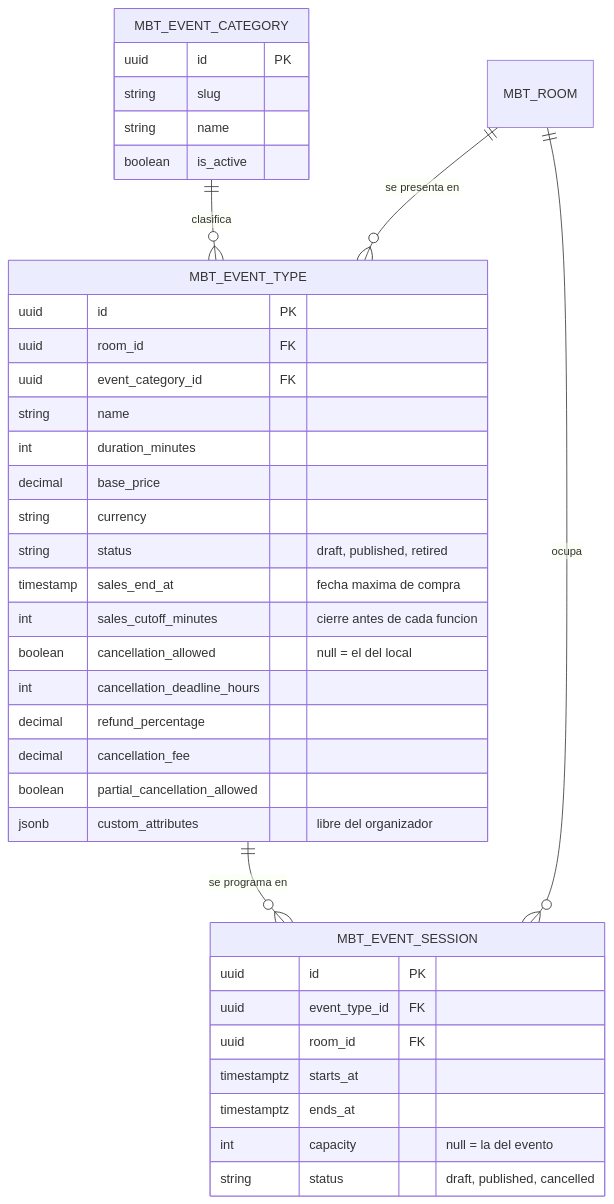
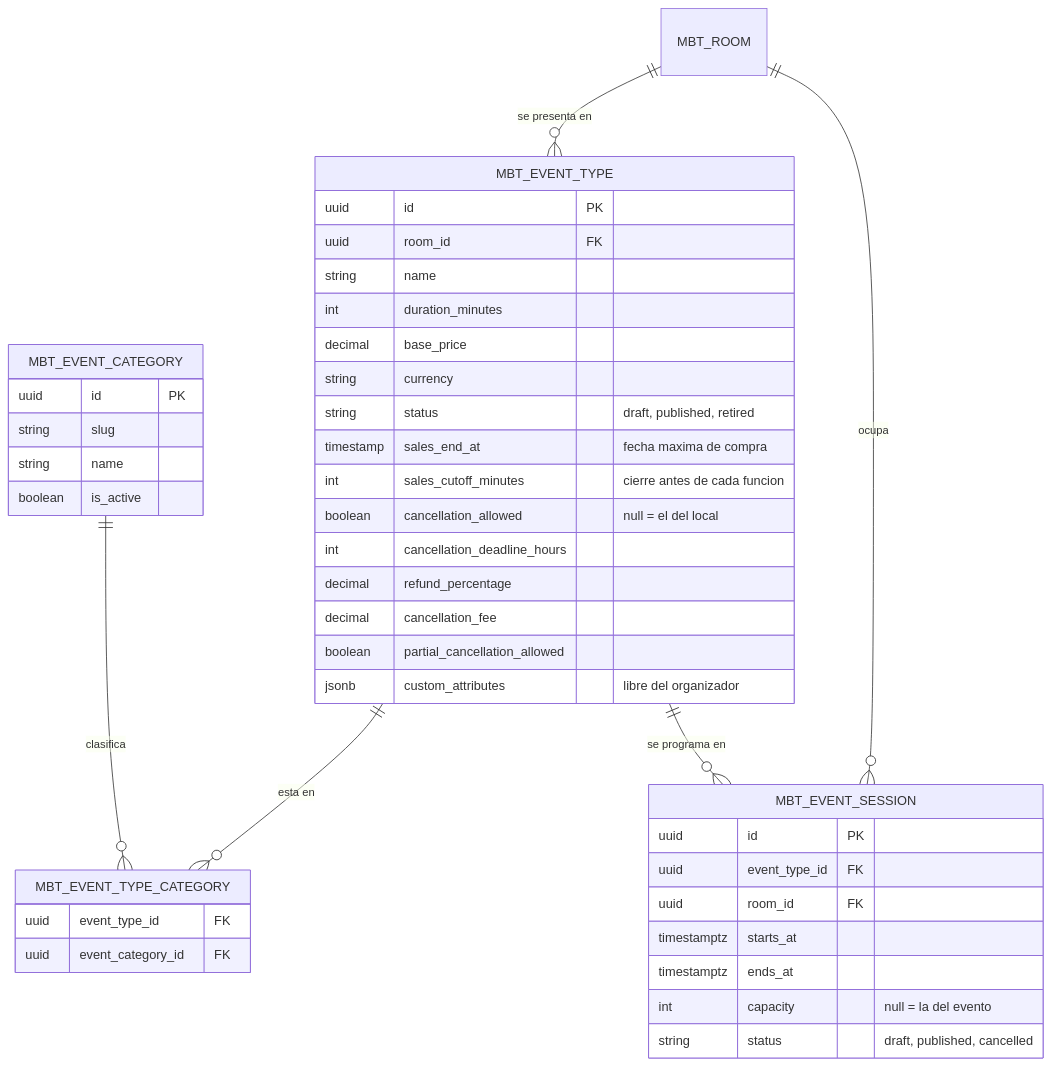
The fourth of 7 diagrams in architecture/ER.md (farandal/mbtickets-docs), drawn with Mermaid before and after one commit. The commit also changed other lines of this file and 1 other file, not shown here.

Commit message:
Docs: events in several categories; views in a side panel, forms on full page

````diff
--- a/architecture/ER.md
+++ b/architecture/ER.md
@@ -152,41 +152,45 @@
 ```mermaid
 erDiagram
-    MBT_EVENT_CATEGORY ||--o{ MBT_EVENT_TYPE : "clasifica"
+    MBT_EVENT_CATEGORY ||--o{ MBT_EVENT_TYPE_CATEGORY : "clasifica"
+    MBT_EVENT_TYPE ||--o{ MBT_EVENT_TYPE_CATEGORY : "esta en"
     MBT_ROOM ||--o{ MBT_EVENT_TYPE : "se presenta en"
     MBT_EVENT_TYPE ||--o{ MBT_EVENT_SESSION : "se programa en"
     MBT_ROOM ||--o{ MBT_EVENT_SESSION : "ocupa"
 
     MBT_EVENT_CATEGORY {
         uuid id PK
         string slug
         string name
         boolean is_active
     }
     MBT_EVENT_TYPE {
         uuid id PK
         uuid room_id FK
-        uuid event_category_id FK
         string name
         int duration_minutes
         decimal base_price
         string currency
         string status "draft, published, retired"
         timestamp sales_end_at "fecha maxima de compra"
         int sales_cutoff_minutes "cierre antes de cada funcion"
         boolean cancellation_allowed "null = el del local"
         int cancellation_deadline_hours
         decimal refund_percentage
         decimal cancellation_fee
         boolean partial_cancellation_allowed
         jsonb custom_attributes "libre del organizador"
     }
+    MBT_EVENT_TYPE_CATEGORY {
+        uuid event_type_id FK
+        uuid event_category_id FK
+    }
     MBT_EVENT_SESSION {
         uuid id PK
         uuid event_type_id FK
         uuid room_id FK
         timestamptz starts_at
         timestamptz ends_at
         int capacity "null = la del evento"
         string status "draft, published, cancelled"
     }
 ```
````
